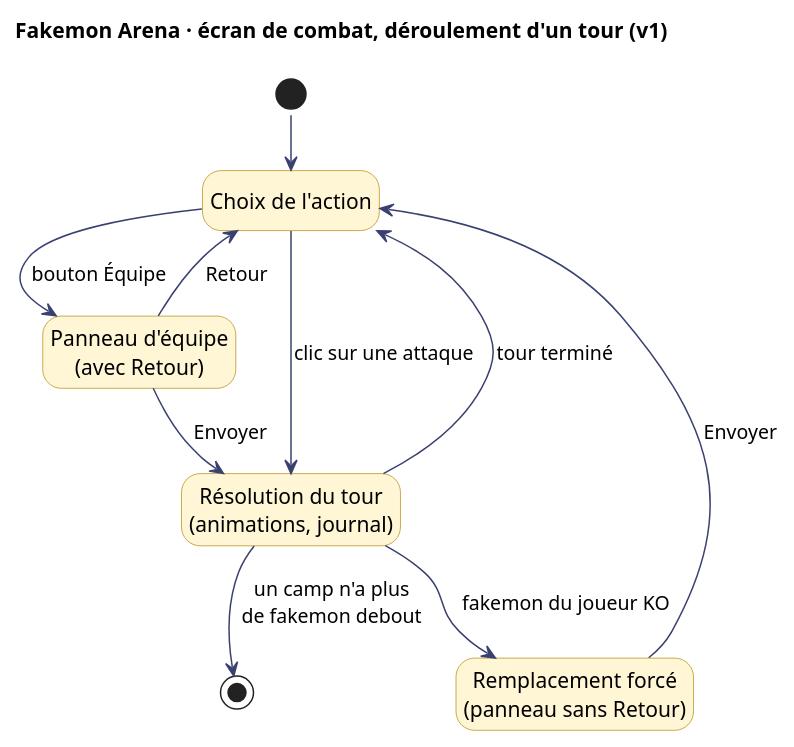
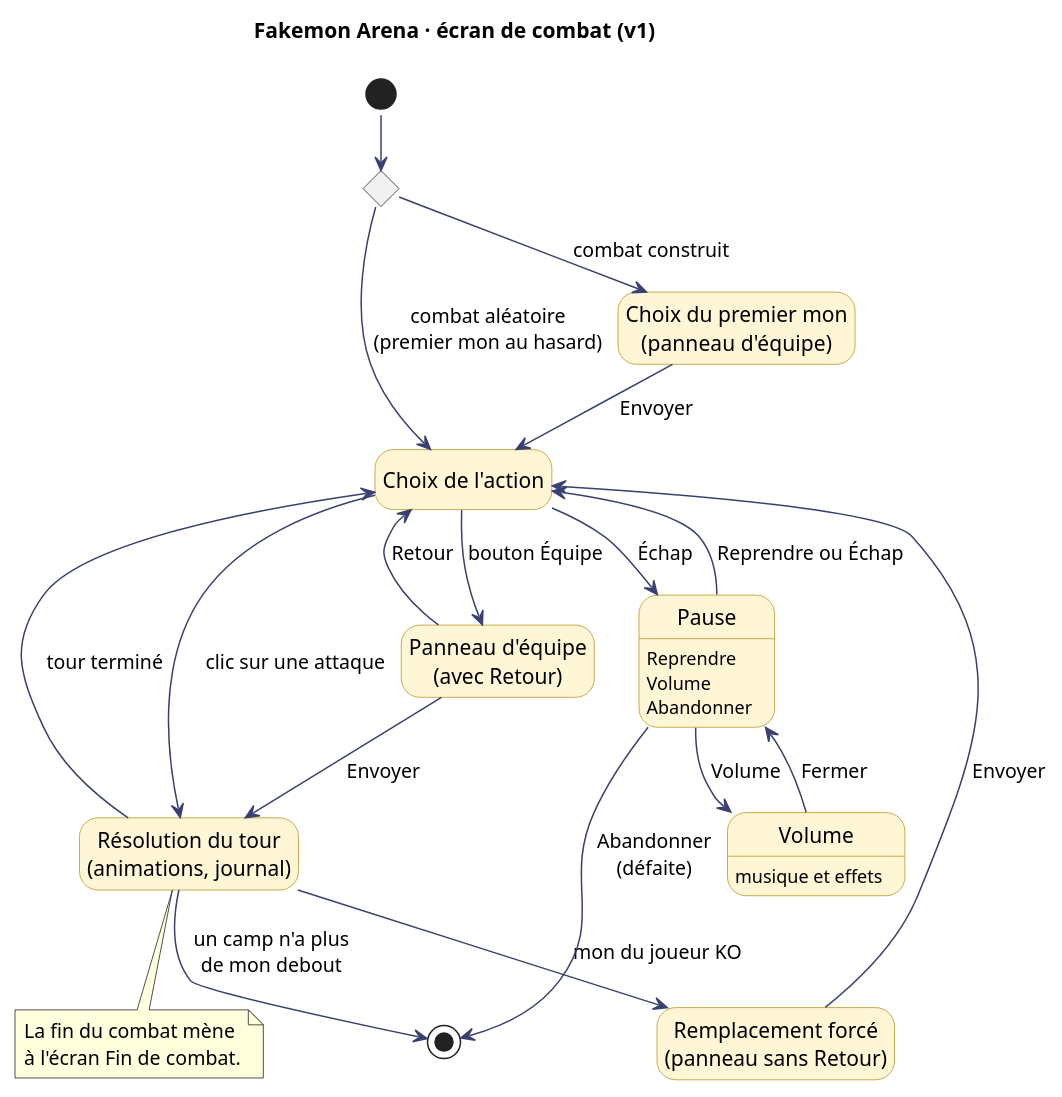
The diagram in docs/uml/combat.puml (OnerAliCan/fakemon-arena), drawn with PlantUML before and after one commit. The commit also changed 26 other files, not shown here.

First line of the commit message:
docs: navigation et cas d'utilisation, un diagramme par partie (#2, #3, #5)

```diff
--- a/docs/uml/combat.puml
+++ b/docs/uml/combat.puml
@@ -1,26 +1,43 @@
 @startuml combat
 !pragma layout smetana
-title Fakemon Arena · écran de combat, déroulement d'un tour (v1)
+title Fakemon Arena · écran de combat (v1)
 skinparam defaultFontName Segoe UI
 skinparam state {
   BackgroundColor #FFF6D6
   BorderColor #B8901A
   ArrowColor #3A4170
 }
 hide empty description
 
+state mode <<choice>>
+state "Choix du premier mon\n(panneau d'équipe)" as Premier
 state "Choix de l'action" as Choix
 state "Panneau d'équipe\n(avec Retour)" as Panneau
 state "Résolution du tour\n(animations, journal)" as Resolution
 state "Remplacement forcé\n(panneau sans Retour)" as Remplacement
+state "Pause" as Pause : Reprendre\nVolume\nAbandonner
+state "Volume" as Volume : musique et effets
 
-[*] --> Choix
+[*] --> mode
+mode --> Premier : combat construit
+mode --> Choix : combat aléatoire\n(premier mon au hasard)
+Premier --> Choix : Envoyer
 Choix --> Resolution : clic sur une attaque
 Choix --> Panneau : bouton Équipe
 Panneau --> Choix : Retour
 Panneau --> Resolution : Envoyer
 Resolution --> Choix : tour terminé
-Resolution --> Remplacement : fakemon du joueur KO
+Resolution --> Remplacement : mon du joueur KO
 Remplacement --> Choix : Envoyer
-Resolution --> [*] : un camp n'a plus\nde fakemon debout
+Choix --> Pause : Échap
+Pause --> Choix : Reprendre ou Échap
+Pause --> Volume : Volume
+Volume --> Pause : Fermer
+Pause --> [*] : Abandonner\n(défaite)
+Resolution --> [*] : un camp n'a plus\nde mon debout
+
+note bottom of Resolution
+  La fin du combat mène
+  à l'écran Fin de combat.
+end note
 @enduml
```
